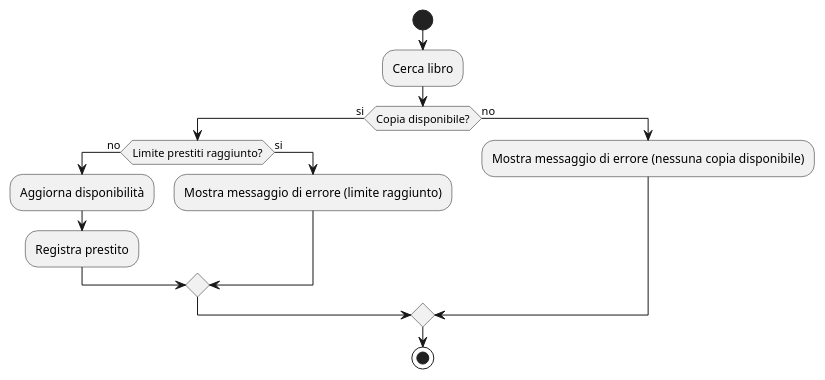
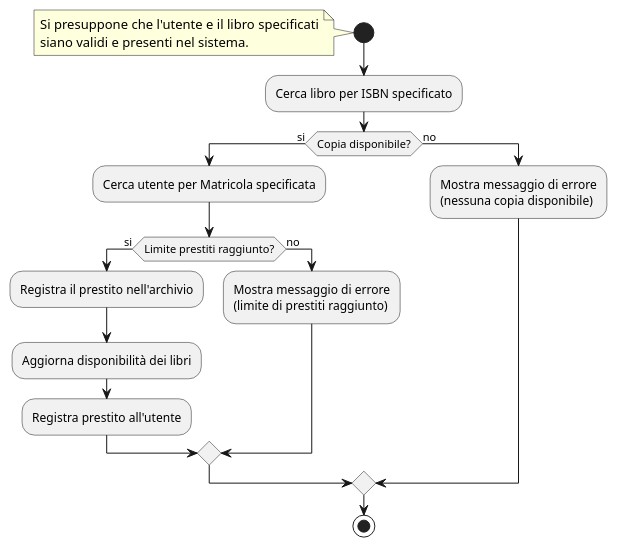
The diagram in docs/uml/DiagrammiAttività/DiagrammaAttivitàPrestito.puml (Meziu/easylibrary), drawn with PlantUML before and after one commit. The commit also changed 5 other files, not shown here.

Commit message:
Migliorie diagrammi di attività

```diff
--- a/docs/uml/DiagrammiAttività/DiagrammaAttivitàPrestito.puml
+++ b/docs/uml/DiagrammiAttività/DiagrammaAttivitàPrestito.puml
@@ -1,15 +1,23 @@
 @startuml
 start
-:Cerca libro;
+note
+Si presuppone che l'utente e il libro specificati
+siano validi e presenti nel sistema.
+endnote
+:Cerca libro per ISBN specificato;
 if (Copia disponibile?) then (si)
-    if(Limite prestiti raggiunto?) then (no)
-        :Aggiorna disponibilità;
-        :Registra prestito;
-    else (si)
-        :Mostra messaggio di errore (limite raggiunto);
+    :Cerca utente per Matricola specificata;
+    if(Limite prestiti raggiunto?) then (si)
+        :Registra il prestito nell'archivio;
+        :Aggiorna disponibilità dei libri;
+        :Registra prestito all'utente;
+    else (no)
+        :Mostra messaggio di errore
+        (limite di prestiti raggiunto);
     endif
 else (no)
-    :Mostra messaggio di errore (nessuna copia disponibile);
+    :Mostra messaggio di errore
+    (nessuna copia disponibile);
 endif
 stop
 @enduml
```
